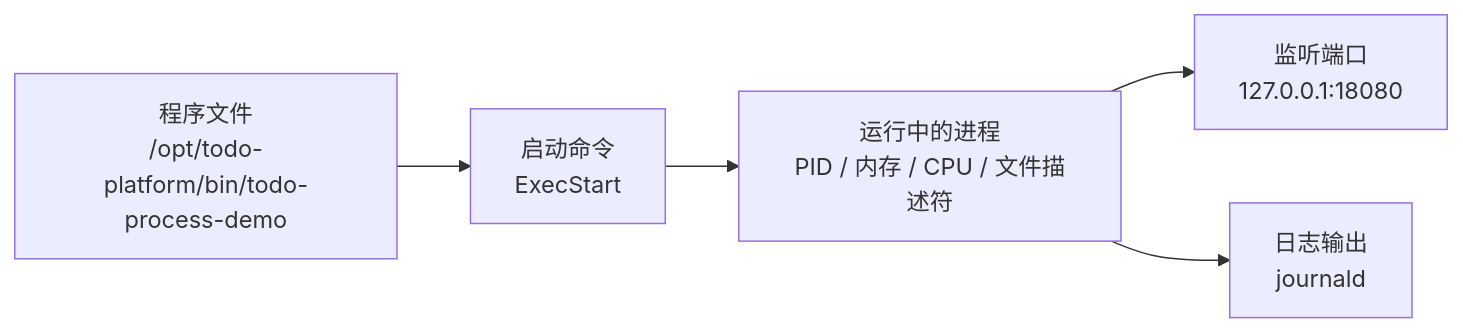
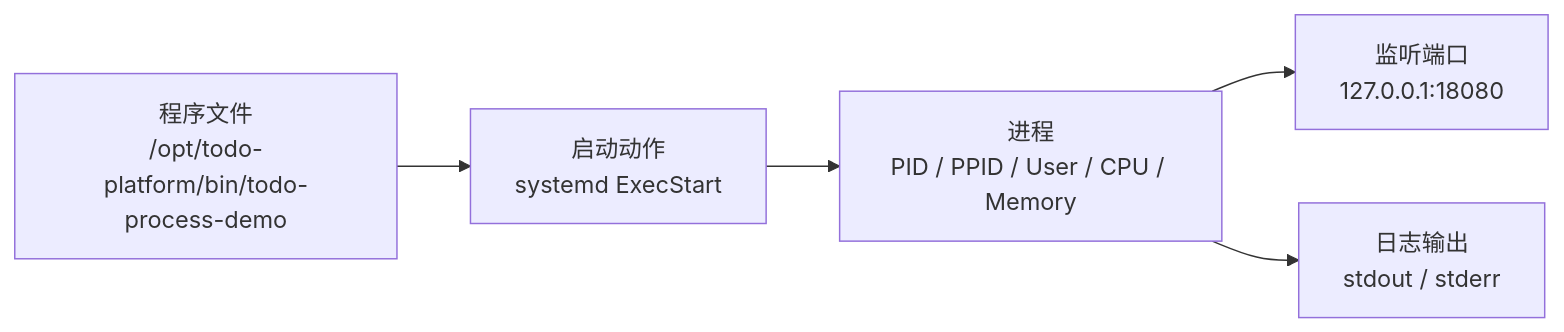
Before and after one commit to yleoer/cloud-native-todo-platform-docs: the first of 3 diagrams in docs/chapters/stage-01-foundation/03-linux-process.md, drawn with Mermaid. The commit also changed other lines of this file and 3 other files, not shown here.

````diff
--- a/docs/chapters/stage-01-foundation/03-linux-process.md
+++ b/docs/chapters/stage-01-foundation/03-linux-process.md
@@ -165,12 +99,12 @@
 ```mermaid
 flowchart LR
     Binary["程序文件<br/>/opt/todo-platform/bin/todo-process-demo"]
-    Exec["启动命令<br/>ExecStart"]
-    Process["运行中的进程<br/>PID / 内存 / CPU / 文件描述符"]
+    Start["启动动作<br/>systemd ExecStart"]
+    Process["进程<br/>PID / PPID / User / CPU / Memory"]
     Port["监听端口<br/>127.0.0.1:18080"]
-    Logs["日志输出<br/>journald"]
+    Log["日志输出<br/>stdout / stderr"]
 
-    Binary --> Exec --> Process
+    Binary --> Start --> Process
     Process --> Port
-    Process --> Logs
+    Process --> Log
 ```
````
